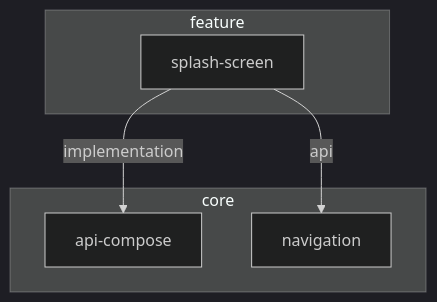
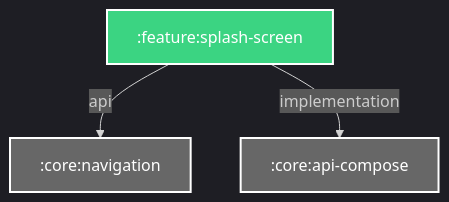
The diagram in feature/splash-screen/README.md (Dussim/cv-app), drawn with Mermaid before and after one commit. The commit also changed 34 other files, not shown here.

````diff
--- a/feature/splash-screen/README.md
+++ b/feature/splash-screen/README.md
@@ -3,18 +3,18 @@
 ```mermaid
 %%{
   init: {
     'theme': 'dark'
   }
 }%%
 
 graph TB
-  subgraph core
-    api-compose
-    navigation
-  end
-  subgraph feature
-    splash-screen
-  end
-  splash-screen -- api --> navigation
-  splash-screen -- implementation --> api-compose
+  :feature:splash-screen -- api --> :core:navigation
+  :feature:splash-screen -- implementation --> :core:api-compose
+
+classDef android-library fill:#3BD482,stroke:#fff,stroke-width:2px,color:#fff;
+classDef unknown fill:#676767,stroke:#fff,stroke-width:2px,color:#fff;
+class :feature:splash-screen android-library
+class :core:navigation unknown
+class :core:api-compose unknown
+
 ```
````
